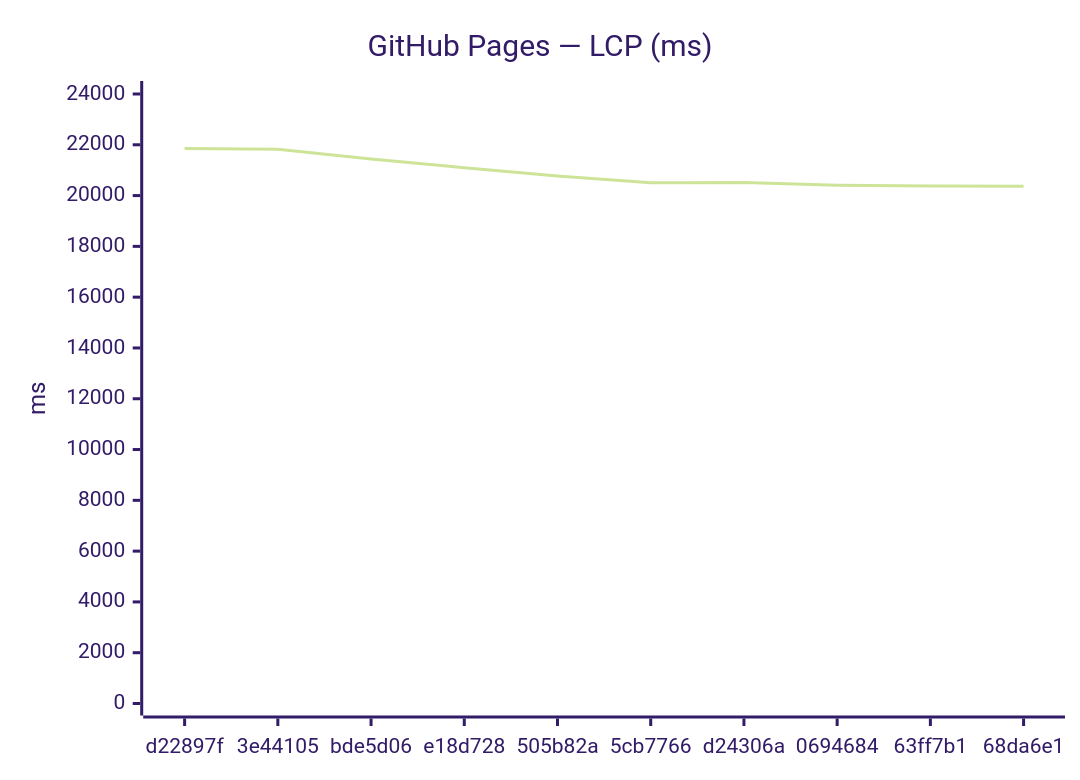
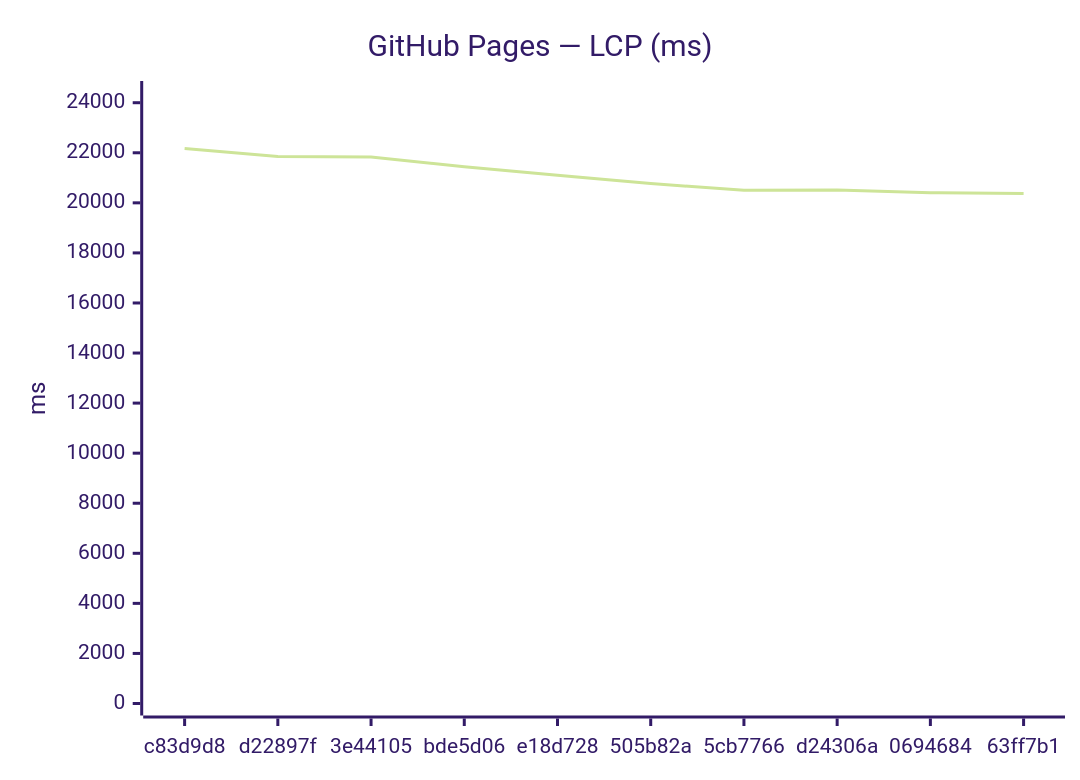
One commit to Metaheurist/Rianell changed the third of 18 diagrams in benchmarks/compare.md. Above: the diagram before and after it, drawn with Mermaid (forest theme). The commit also changed other lines of this file and 11 other files, not shown here.

````diff
--- a/benchmarks/compare.md
+++ b/benchmarks/compare.md
@@ -54,7 +54,7 @@
 ```mermaid
 xychart-beta
     title "GitHub Pages — LCP (ms)"
-    x-axis ["d22897f", "3e44105", "bde5d06", "e18d728", "505b82a", "5cb7766", "d24306a", "0694684", "63ff7b1", "68da6e1"]
-    y-axis "ms" 0 --> 24039
-    line [21853, 21828, 21442, 21100, 20773, 20501, 20513, 20406, 20374, 20366]
+    x-axis ["c83d9d8", "d22897f", "3e44105", "bde5d06", "e18d728", "505b82a", "5cb7766", "d24306a", "0694684", "63ff7b1"]
+    y-axis "ms" 0 --> 24388
+    line [22170, 21853, 21828, 21442, 21100, 20773, 20501, 20513, 20406, 20374]
 ```
````
